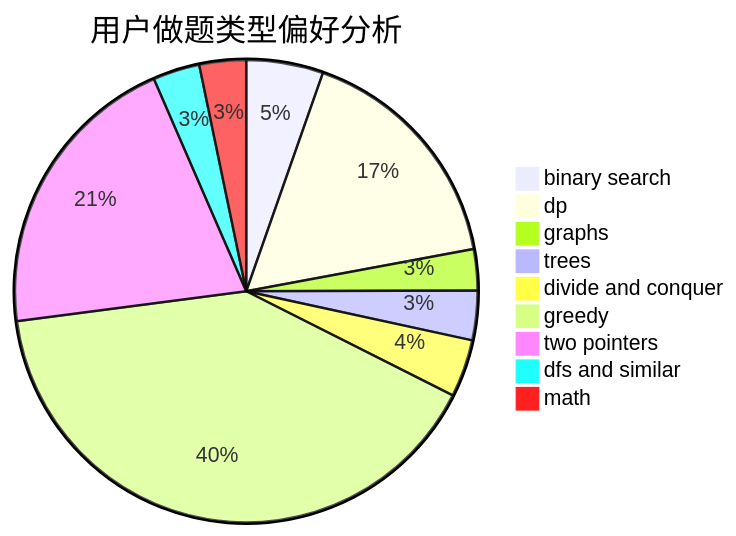
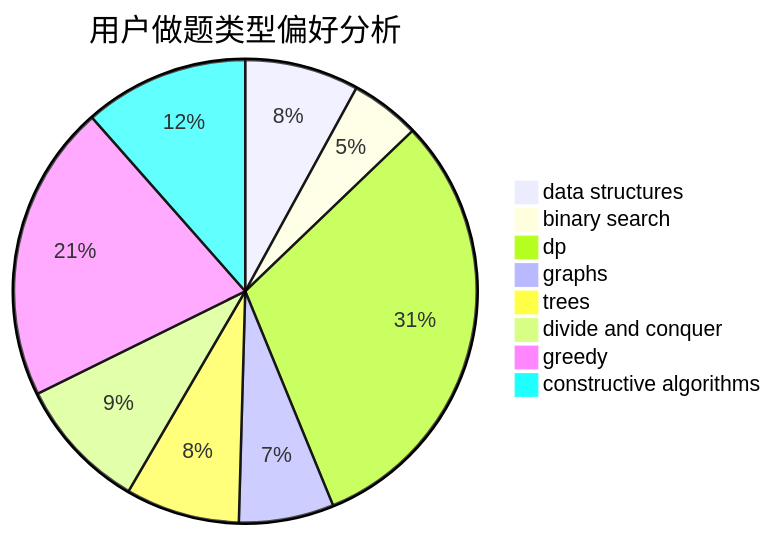
One commit to sherpahu/cfrs.github.io changed the second of 3 diagrams in docs/user/u2530.md. Above: the diagram before and after it, drawn with Mermaid. The commit also changed other lines of this file and 2775 other files, not shown here.

````diff
--- a/docs/user/u2530.md
+++ b/docs/user/u2530.md
@@ -23,12 +23,11 @@
 ```mermaid
 pie title 用户做题类型偏好分析
-    "binary search" :  28
-    "dp" :  87
+    "data structures" :  18
+    "binary search" :  11
+    "dp" :  70
     "graphs" :  15
     "trees" :  18
     "divide and conquer" :  21
-    "greedy" :  211
-    "two pointers" :  107
-    "dfs and similar" :  17
-    "math" :  17
+    "greedy" :  47
+    "constructive algorithms" :  26
 ```
````
